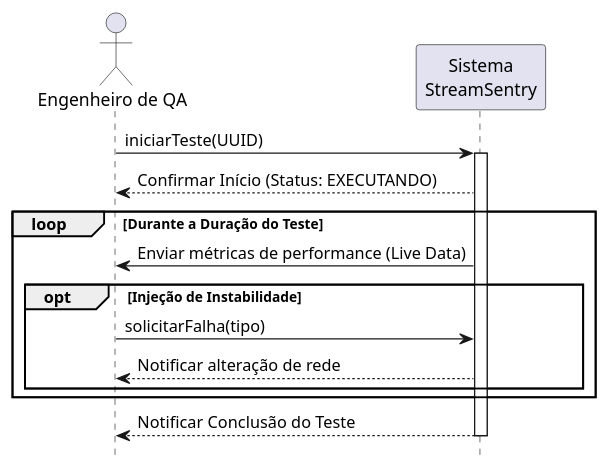
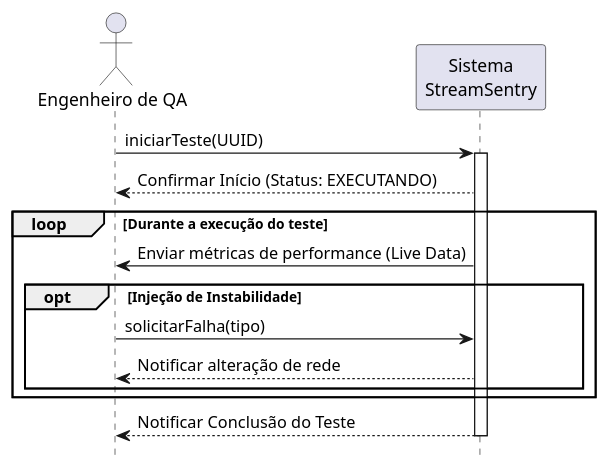
One commit to ICEI-PUC-Minas-PPLES-TI/plf-es-2025-2-tcci-0393100-dev-rafael-parreira changed the diagram in Artefatos/DSSExecucaoEMonitoramentoEmTempoReal.puml. Above: the diagram before and after it, drawn with PlantUML. The commit also changed 8 other files, not shown here.

```diff
--- a/Artefatos/DSSExecucaoEMonitoramentoEmTempoReal.puml
+++ b/Artefatos/DSSExecucaoEMonitoramentoEmTempoReal.puml
@@ -1,23 +1,23 @@
 @startuml
 hide footbox
 skinparam ParticipantPadding 20
 
 actor "Engenheiro de QA" as QA
 participant "Sistema\nStreamSentry" as Sistema
 
 QA -> Sistema: iniciarTeste(UUID)
 activate Sistema
 Sistema --> QA: Confirmar Início (Status: EXECUTANDO)
 
-loop Durante a Duração do Teste
+loop Durante a execução do teste
     Sistema -> QA: Enviar métricas de performance (Live Data)
 
     opt Injeção de Instabilidade
         QA -> Sistema: solicitarFalha(tipo)
         Sistema --> QA: Notificar alteração de rede
     end
 end
 
 Sistema --> QA: Notificar Conclusão do Teste
 deactivate Sistema
 @enduml
```
